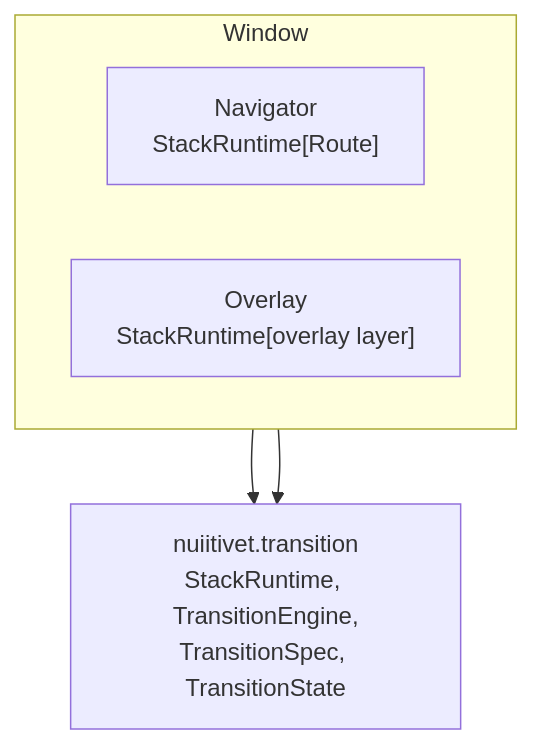
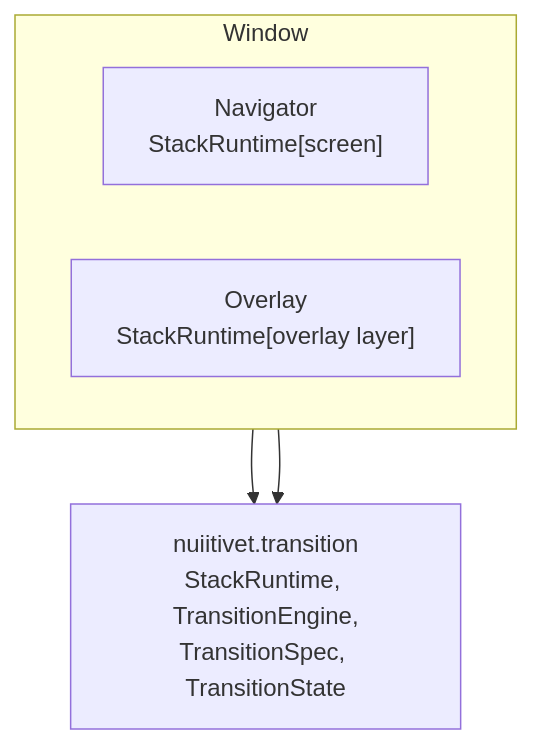
One commit to yuksblog/nuiitivet changed the diagram in docs/design/NAVIGATION.md. Above: the diagram before and after it, drawn with Mermaid. The commit also changed other lines of this file and 51 other files, not shown here.

````diff
--- a/docs/design/NAVIGATION.md
+++ b/docs/design/NAVIGATION.md
@@ -9,11 +9,11 @@
 ```mermaid
 flowchart TB
     subgraph Window
         direction LR
-        Navigator["Navigator<br/>StackRuntime[Route]"]
+        Navigator["Navigator<br/>StackRuntime[screen]"]
         Overlay["Overlay<br/>StackRuntime[overlay layer]"]
     end
     Kernel["nuiitivet.transition<br/>StackRuntime, TransitionEngine,<br/>TransitionSpec, TransitionState"]
     Navigator --> Kernel
     Overlay --> Kernel
 ```
````
